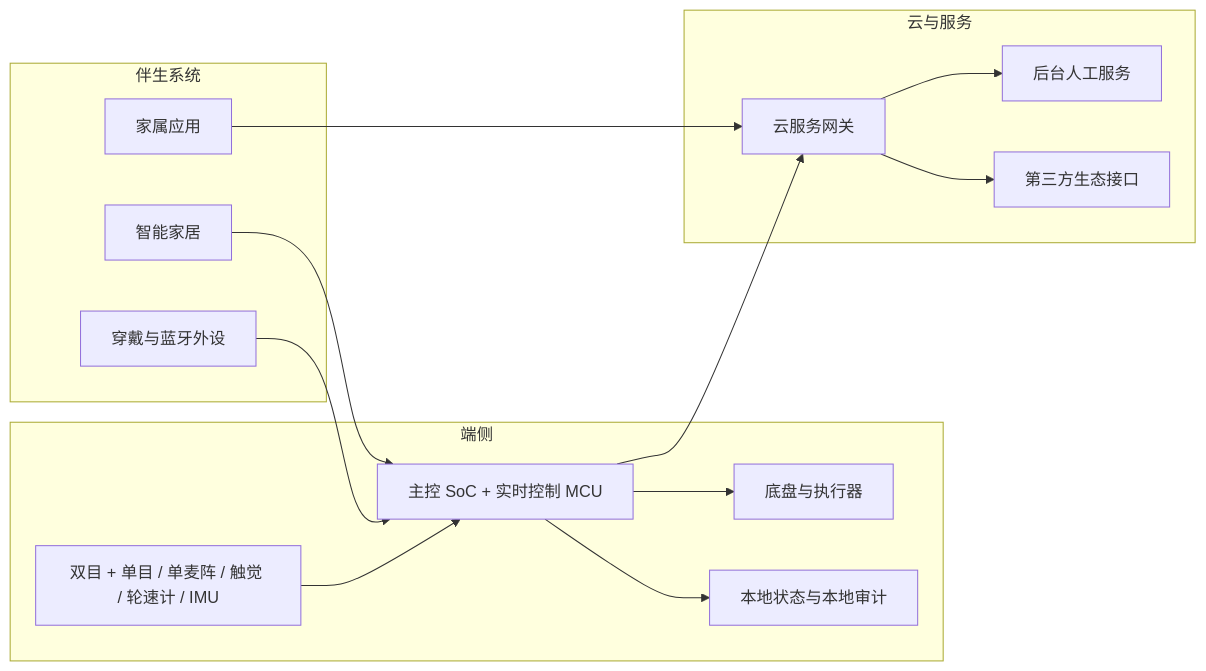
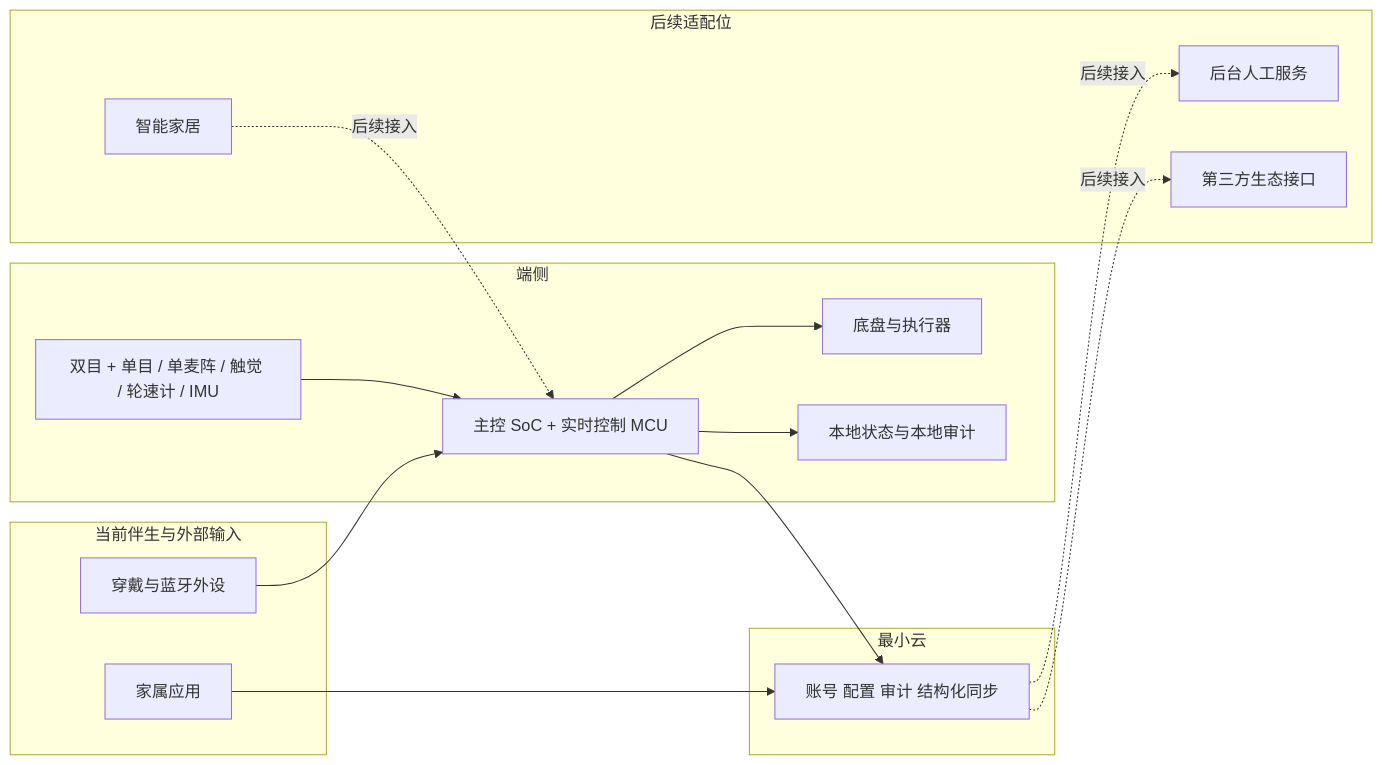
The fourth of 4 diagrams in docs/02_p1_architecture/01_overall_architecture.md (hlm12348765/Kinbot_OODA), drawn with Mermaid before and after one commit. The commit also changed other lines of this file and 15 other files, not shown here.

First line of the commit message:
docs(architecture): complete v1 complexity reduction sync

````diff
--- a/docs/02_p1_architecture/01_overall_architecture.md
+++ b/docs/02_p1_architecture/01_overall_architecture.md
@@ -241,30 +252,33 @@
 ```mermaid
 flowchart LR
     subgraph EDGE[端侧]
         E1[主控 SoC + 实时控制 MCU]
         E2[底盘与执行器]
         E3[双目 + 单目 / 单麦阵 / 触觉 / 轮速计 / IMU]
         E4[本地状态与本地审计]
     end
 
-    subgraph COMP[伴生系统]
+    subgraph COMP[当前伴生与外部输入]
         C1[穿戴与蓝牙外设]
-        C2[智能家居]
-        C3[家属应用]
+        C2[家属应用]
     end
 
-    subgraph CLOUD[云与服务]
-        C4[云服务网关]
-        C5[后台人工服务]
-        C6[第三方生态接口]
+    subgraph CLOUD[最小云]
+        C4[账号 配置 审计 结构化同步]
+    end
+
+    subgraph ADAPT2[后续适配位]
+        C5[智能家居]
+        C6[后台人工服务]
+        C7[第三方生态接口]
     end
 
     E3 --> E1 --> E2
     E1 --> E4
     C1 --> E1
-    C2 --> E1
     E1 --> C4
-    C3 --> C4
-    C4 --> C5
-    C4 --> C6
+    C2 --> C4
+    C5 -.后续接入.-> E1
+    C4 -.后续接入.-> C6
+    C4 -.后续接入.-> C7
 ```
````
